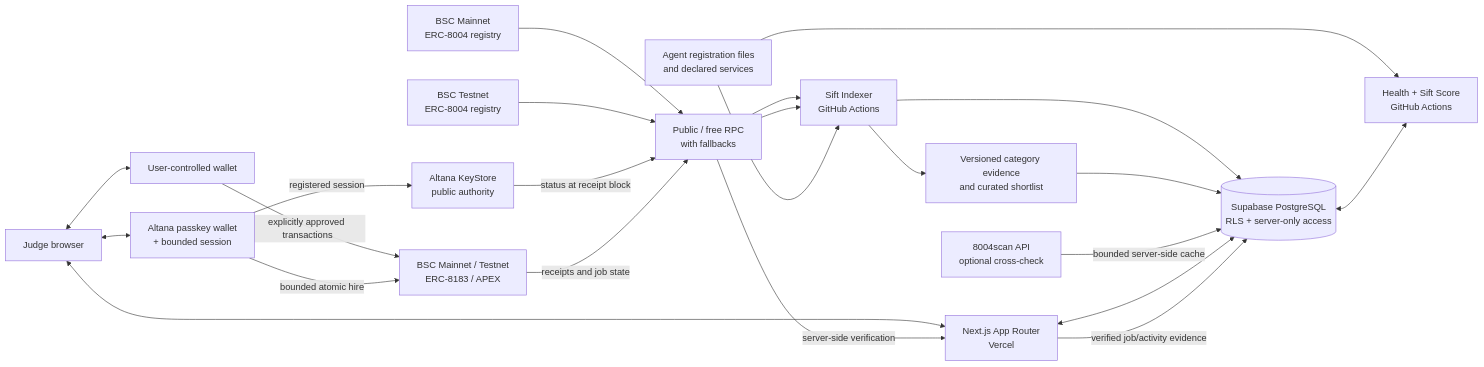
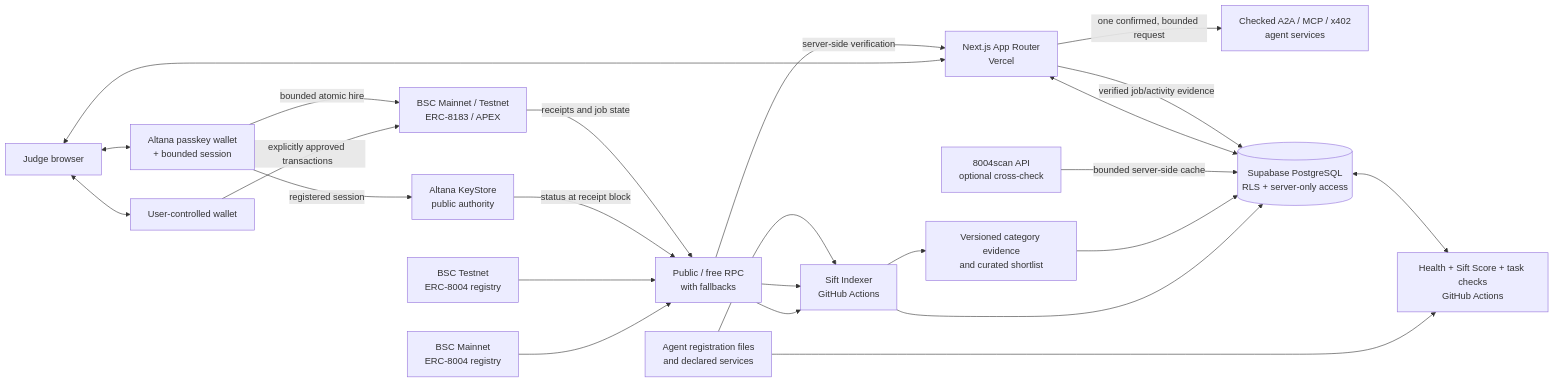
The diagram in docs/architecture.md (taiwo-the-dev/sift), drawn with Mermaid before and after one commit. The commit also changed other lines of this file and 43 other files, not shown here.

````diff
--- a/docs/architecture.md
+++ b/docs/architecture.md
@@ -7,38 +7,40 @@
 ```mermaid
 flowchart LR
   mainnet["BSC Mainnet\nERC-8004 registry"]
   testnet["BSC Testnet\nERC-8004 registry"]
   rpc["Public / free RPC\nwith fallbacks"]
   metadata["Agent registration files\nand declared services"]
   indexer["Sift Indexer\nGitHub Actions"]
   taxonomy["Versioned category evidence\nand curated shortlist"]
   scan["8004scan API\noptional cross-check"]
-  assessment["Health + Sift Score\nGitHub Actions"]
+  assessment["Health + Sift Score + task checks\nGitHub Actions"]
+  direct["Checked A2A / MCP / x402\nagent services"]
   db[("Supabase PostgreSQL\nRLS + server-only access")]
   app["Next.js App Router\nVercel"]
   browser["Judge browser"]
   wallet["User-controlled wallet"]
   altana["Altana passkey wallet\n+ bounded session"]
   keystore["Altana KeyStore\npublic authority"]
   apex["BSC Mainnet / Testnet\nERC-8183 / APEX"]
 
   mainnet --> rpc --> indexer
   testnet --> rpc --> indexer
   metadata --> indexer
   indexer --> db
   indexer --> taxonomy --> db
   scan -->|"bounded server-side cache"| db
   metadata --> assessment
   db <--> assessment
   browser <--> app
   app <--> db
+  app -->|"one confirmed, bounded request"| direct
   browser <--> wallet
   wallet -->|"explicitly approved transactions"| apex
   browser <--> altana
   altana -->|"registered session"| keystore
   altana -->|"bounded atomic hire"| apex
   keystore -->|"status at receipt block"| rpc
   apex -->|"receipts and job state"| rpc
   rpc -->|"server-side verification"| app
   app -->|"verified job/activity evidence"| db
 ```
````
